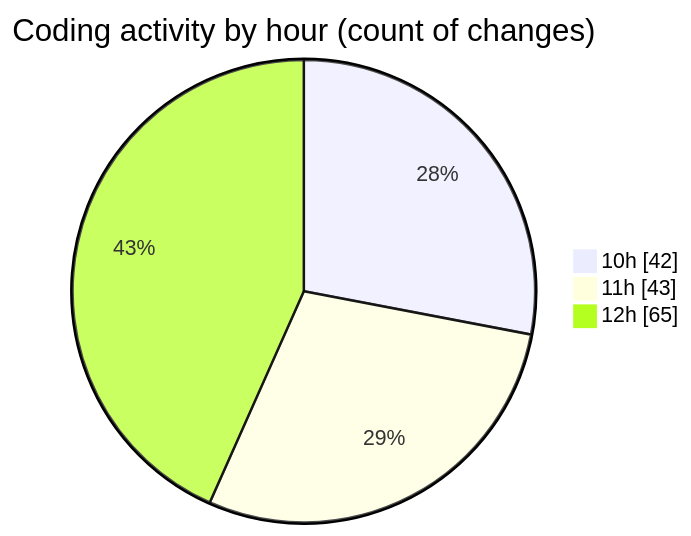
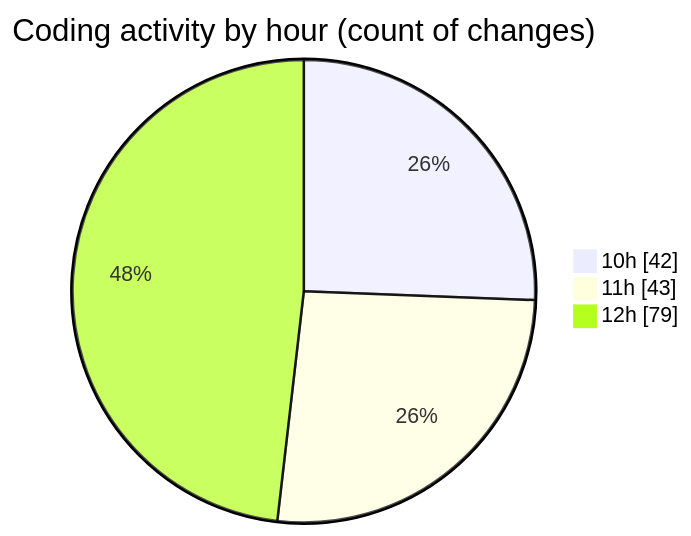
Before and after one commit to CELIANVF/code-tracking: the second of 2 diagrams in 2025-05-15/ecodeli-1/README.md, drawn with Mermaid. The commit also changed other lines of this file and 1 other file, not shown here.

````diff
--- a/2025-05-15/ecodeli-1/README.md
+++ b/2025-05-15/ecodeli-1/README.md
@@ -67,7 +68,7 @@
 ```mermaid
 pie showData
 title Coding activity by hour (count of changes)
 "10h" : 42
 "11h" : 43
-"12h" : 65
+"12h" : 79
 ```
````
